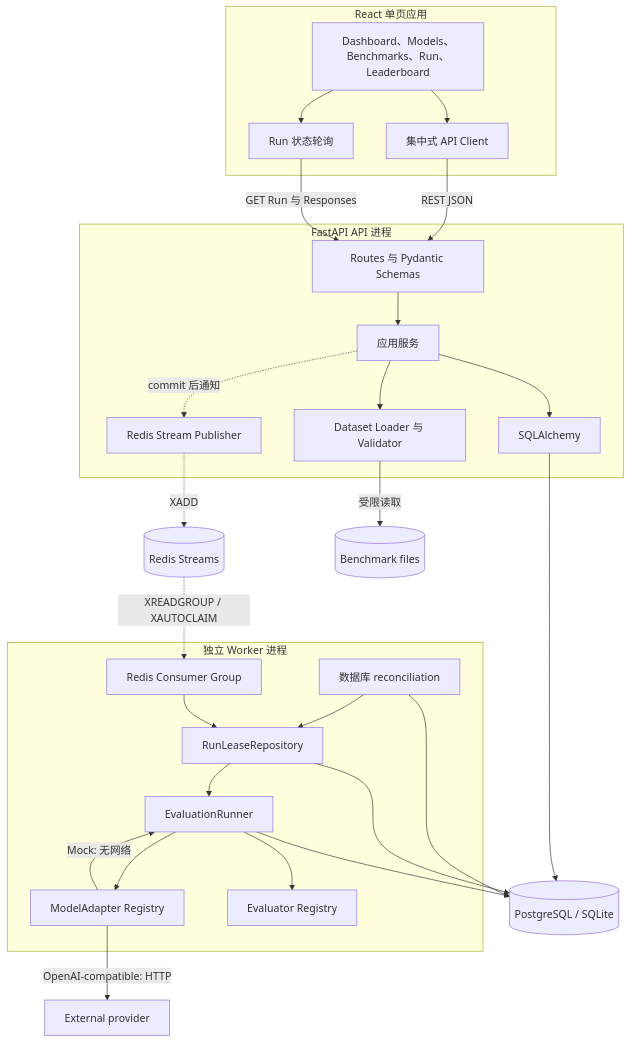
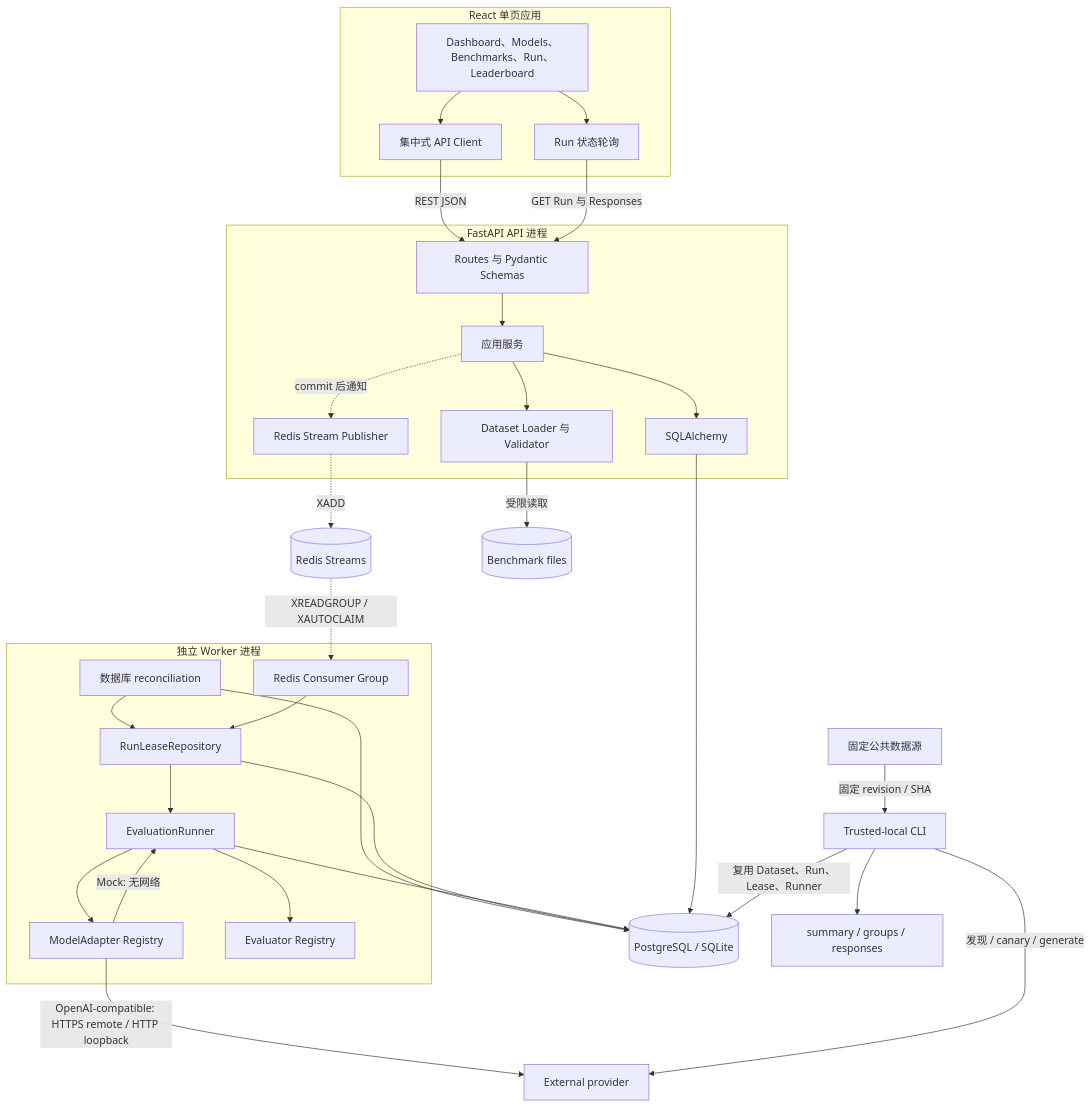
One commit to CWNU-Open-Source-Community/LLMBenchLab changed the second of 7 diagrams in docs/ARCHITECTURE.md. Above: the diagram before and after it, drawn with Mermaid. The commit also changed other lines of this file and 46 other files, not shown here.

Commit message:
feat: add trusted local real model evaluation workflow

````diff
--- a/docs/ARCHITECTURE.md
+++ b/docs/ARCHITECTURE.md
@@ -47,52 +56,59 @@
 ```mermaid
 flowchart TB
     subgraph FE[React 单页应用]
         Pages[Dashboard、Models、Benchmarks、Run、Leaderboard]
         Client[集中式 API Client]
         Poller[Run 状态轮询]
         Pages --> Client
         Pages --> Poller
     end
 
     subgraph APIProcess[FastAPI API 进程]
         Routes[Routes 与 Pydantic Schemas]
         Services[应用服务]
         Importer[Dataset Loader 与 Validator]
         QueuePublisher[Redis Stream Publisher]
         Routes --> Services
         Services --> Importer
         Services --> APIRepo[SQLAlchemy]
         Services -.->|commit 后通知| QueuePublisher
     end
 
     subgraph WorkerProcess[独立 Worker 进程]
         Reconcile[数据库 reconciliation]
         QueueConsumer[Redis Consumer Group]
         LeaseRepo[RunLeaseRepository]
         Runner[EvaluationRunner]
         Adapters[ModelAdapter Registry]
         Evaluators[Evaluator Registry]
         Reconcile --> LeaseRepo
         QueueConsumer --> LeaseRepo
         LeaseRepo --> Runner
         Runner --> Adapters
         Runner --> Evaluators
     end
 
     DB[(PostgreSQL / SQLite)]
     Redis[(Redis Streams)]
     Files[(Benchmark files)]
     Provider[External provider]
+    PinnedSources[固定公共数据源]
+    LocalCLI[Trusted-local CLI]
+    ReportFiles[summary / groups / responses]
 
     Client -->|REST JSON| Routes
     Poller -->|GET Run 与 Responses| Routes
     Importer -->|受限读取| Files
     APIRepo --> DB
     QueuePublisher -. XADD .-> Redis
     Redis -. XREADGROUP / XAUTOCLAIM .-> QueueConsumer
     Reconcile --> DB
     LeaseRepo --> DB
     Runner --> DB
     Adapters -->|Mock: 无网络| Runner
-    Adapters -->|OpenAI-compatible: HTTP| Provider
+    Adapters -->|OpenAI-compatible: HTTPS remote / HTTP loopback| Provider
+    PinnedSources -->|固定 revision / SHA| LocalCLI
+    LocalCLI -->|复用 Dataset、Run、Lease、Runner| DB
+    LocalCLI -->|发现 / canary / generate| Provider
+    LocalCLI --> ReportFiles
 ```
````
